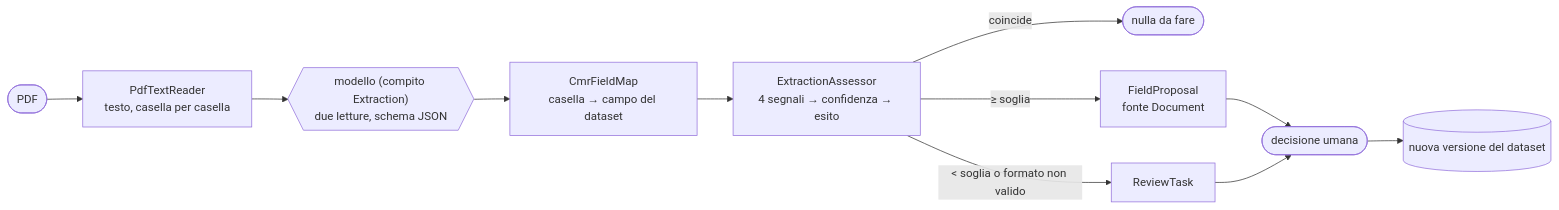
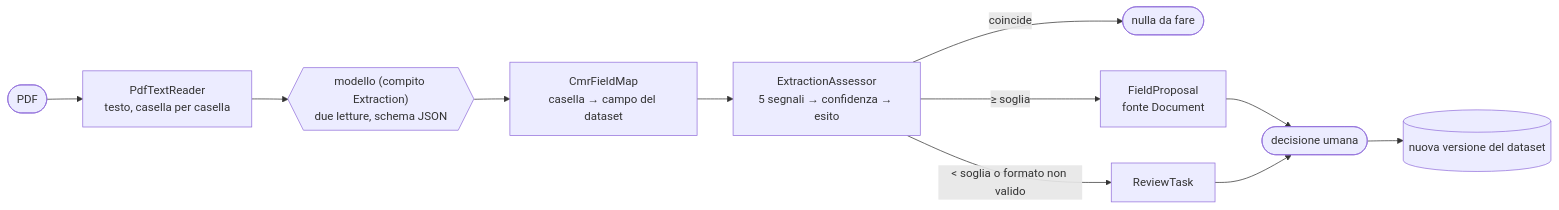
Before and after one commit to Dusi-burg/AI.POC-TrasportoDigitale: the fourth of 4 diagrams in docs/architettura.md, drawn with Mermaid. The commit also changed other lines of this file and 12 other files, not shown here.

````diff
--- a/docs/architettura.md
+++ b/docs/architettura.md
@@ -419,13 +419,13 @@
 ```mermaid
 flowchart LR
     P([PDF]) --> T["PdfTextReader<br/>testo, casella per casella"]
     T --> M{{"modello (compito Extraction)<br/>due letture, schema JSON"}}
     M --> F["CmrFieldMap<br/>casella → campo del dataset"]
-    F --> A["ExtractionAssessor<br/>4 segnali → confidenza → esito"]
+    F --> A["ExtractionAssessor<br/>5 segnali → confidenza → esito"]
     A -- "coincide" --> N([nulla da fare])
     A -- "≥ soglia" --> PR["FieldProposal<br/>fonte Document"]
     A -- "< soglia o formato non valido" --> R["ReviewTask"]
     PR --> H([decisione umana])
     R --> H
     H --> D[("nuova versione del dataset")]
 ```
````
